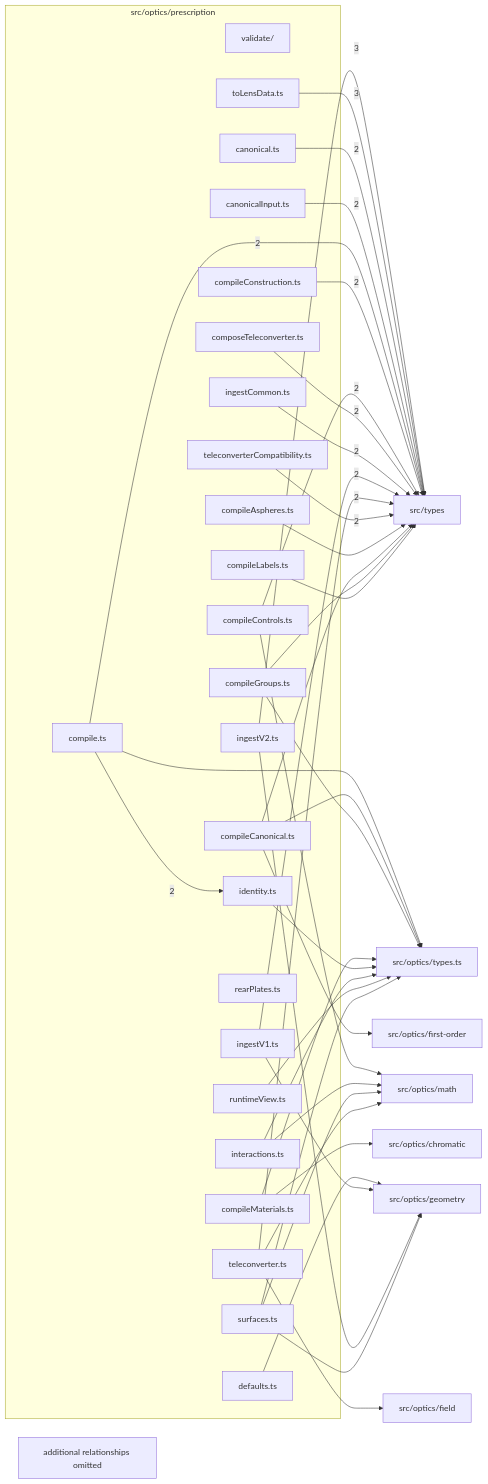
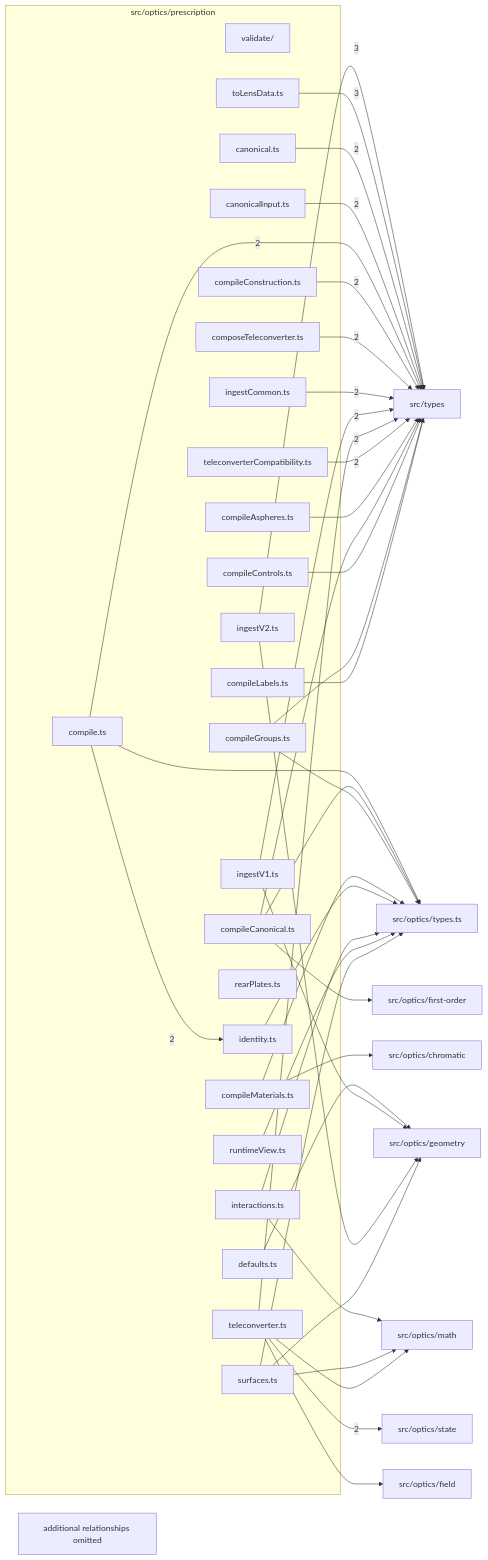
The diagram in src/optics/prescription/readme.md (ronbuening/LensVisualizer), drawn with Mermaid before and after one commit. The commit also changed other lines of this file and 40 other files, not shown here.

````diff
--- a/src/optics/prescription/readme.md
+++ b/src/optics/prescription/readme.md
@@ -9,73 +9,74 @@
 ```mermaid
 flowchart LR
   subgraph n_src_optics_prescription["src/optics/prescription"]
     n_src_optics_prescription_src_optics_prescription_validate["validate/"]
     n_src_optics_prescription_src_optics_prescription_canonical_ts["canonical.ts"]
     n_src_optics_prescription_src_optics_prescription_canonicalInput_ts["canonicalInput.ts"]
     n_src_optics_prescription_src_optics_prescription_compile_ts["compile.ts"]
     n_src_optics_prescription_src_optics_prescription_compileAspheres_ts["compileAspheres.ts"]
     n_src_optics_prescription_src_optics_prescription_compileCanonical_ts["compileCanonical.ts"]
     n_src_optics_prescription_src_optics_prescription_compileConstruction_ts["compileConstruction.ts"]
     n_src_optics_prescription_src_optics_prescription_compileControls_ts["compileControls.ts"]
     n_src_optics_prescription_src_optics_prescription_compileGroups_ts["compileGroups.ts"]
     n_src_optics_prescription_src_optics_prescription_compileLabels_ts["compileLabels.ts"]
     n_src_optics_prescription_src_optics_prescription_compileMaterials_ts["compileMaterials.ts"]
     n_src_optics_prescription_src_optics_prescription_composeTeleconverter_ts["composeTeleconverter.ts"]
     n_src_optics_prescription_src_optics_prescription_defaults_ts["defaults.ts"]
     n_src_optics_prescription_src_optics_prescription_identity_ts["identity.ts"]
     n_src_optics_prescription_src_optics_prescription_ingestCommon_ts["ingestCommon.ts"]
     n_src_optics_prescription_src_optics_prescription_ingestV1_ts["ingestV1.ts"]
     n_src_optics_prescription_src_optics_prescription_ingestV2_ts["ingestV2.ts"]
     n_src_optics_prescription_src_optics_prescription_interactions_ts["interactions.ts"]
     n_src_optics_prescription_src_optics_prescription_rearPlates_ts["rearPlates.ts"]
     n_src_optics_prescription_src_optics_prescription_runtimeView_ts["runtimeView.ts"]
     n_src_optics_prescription_src_optics_prescription_surfaces_ts["surfaces.ts"]
     n_src_optics_prescription_src_optics_prescription_teleconverter_ts["teleconverter.ts"]
     n_src_optics_prescription_src_optics_prescription_teleconverterCompatibility_ts["teleconverterCompatibility.ts"]
     n_src_optics_prescription_src_optics_prescription_toLensData_ts["toLensData.ts"]
   end
   n_external_src_types["src/types"]
+  n_external_src_optics_state["src/optics/state"]
   n_external_src_optics_chromatic["src/optics/chromatic"]
   n_external_src_optics_field["src/optics/field"]
   n_external_src_optics_first_order["src/optics/first-order"]
   n_external_src_optics_geometry["src/optics/geometry"]
   n_external_src_optics_math["src/optics/math"]
   n_external_src_optics_types_ts["src/optics/types.ts"]
   n_src_optics_prescription_src_optics_prescription_ingestV2_ts --> |3| n_external_src_types
   n_src_optics_prescription_src_optics_prescription_toLensData_ts --> |3| n_external_src_types
+  n_src_optics_prescription_src_optics_prescription_teleconverter_ts --> |2| n_external_src_optics_state
   n_src_optics_prescription_src_optics_prescription_canonical_ts --> |2| n_external_src_types
   n_src_optics_prescription_src_optics_prescription_canonicalInput_ts --> |2| n_external_src_types
   n_src_optics_prescription_src_optics_prescription_compile_ts --> |2| n_external_src_types
   n_src_optics_prescription_src_optics_prescription_compileConstruction_ts --> |2| n_external_src_types
-  n_src_optics_prescription_src_optics_prescription_compileControls_ts --> |2| n_external_src_types
   n_src_optics_prescription_src_optics_prescription_composeTeleconverter_ts --> |2| n_external_src_types
   n_src_optics_prescription_src_optics_prescription_ingestCommon_ts --> |2| n_external_src_types
   n_src_optics_prescription_src_optics_prescription_ingestV1_ts --> |2| n_external_src_types
   n_src_optics_prescription_src_optics_prescription_teleconverter_ts --> |2| n_external_src_types
   n_src_optics_prescription_src_optics_prescription_teleconverterCompatibility_ts --> |2| n_external_src_types
   n_src_optics_prescription_src_optics_prescription_compile_ts --> |2| n_src_optics_prescription_src_optics_prescription_identity_ts
   n_src_optics_prescription_src_optics_prescription_compileMaterials_ts --> n_external_src_optics_chromatic
   n_src_optics_prescription_src_optics_prescription_teleconverter_ts --> n_external_src_optics_field
   n_src_optics_prescription_src_optics_prescription_compileCanonical_ts --> n_external_src_optics_first_order
   n_src_optics_prescription_src_optics_prescription_defaults_ts --> n_external_src_optics_geometry
   n_src_optics_prescription_src_optics_prescription_ingestV1_ts --> n_external_src_optics_geometry
   n_src_optics_prescription_src_optics_prescription_ingestV2_ts --> n_external_src_optics_geometry
   n_src_optics_prescription_src_optics_prescription_surfaces_ts --> n_external_src_optics_geometry
-  n_src_optics_prescription_src_optics_prescription_compileControls_ts --> n_external_src_optics_math
   n_src_optics_prescription_src_optics_prescription_interactions_ts --> n_external_src_optics_math
   n_src_optics_prescription_src_optics_prescription_surfaces_ts --> n_external_src_optics_math
   n_src_optics_prescription_src_optics_prescription_teleconverter_ts --> n_external_src_optics_math
   n_src_optics_prescription_src_optics_prescription_compile_ts --> n_external_src_optics_types_ts
   n_src_optics_prescription_src_optics_prescription_compileCanonical_ts --> n_external_src_optics_types_ts
   n_src_optics_prescription_src_optics_prescription_compileGroups_ts --> n_external_src_optics_types_ts
   n_src_optics_prescription_src_optics_prescription_compileMaterials_ts --> n_external_src_optics_types_ts
   n_src_optics_prescription_src_optics_prescription_identity_ts --> n_external_src_optics_types_ts
   n_src_optics_prescription_src_optics_prescription_interactions_ts --> n_external_src_optics_types_ts
   n_src_optics_prescription_src_optics_prescription_runtimeView_ts --> n_external_src_optics_types_ts
   n_src_optics_prescription_src_optics_prescription_surfaces_ts --> n_external_src_optics_types_ts
   n_src_optics_prescription_src_optics_prescription_compileAspheres_ts --> n_external_src_types
   n_src_optics_prescription_src_optics_prescription_compileCanonical_ts --> n_external_src_types
+  n_src_optics_prescription_src_optics_prescription_compileControls_ts --> n_external_src_types
   n_src_optics_prescription_src_optics_prescription_compileGroups_ts --> n_external_src_types
   n_src_optics_prescription_src_optics_prescription_compileLabels_ts --> n_external_src_types
   n_src_optics_prescription_truncated["additional relationships omitted"]
 ```
````
